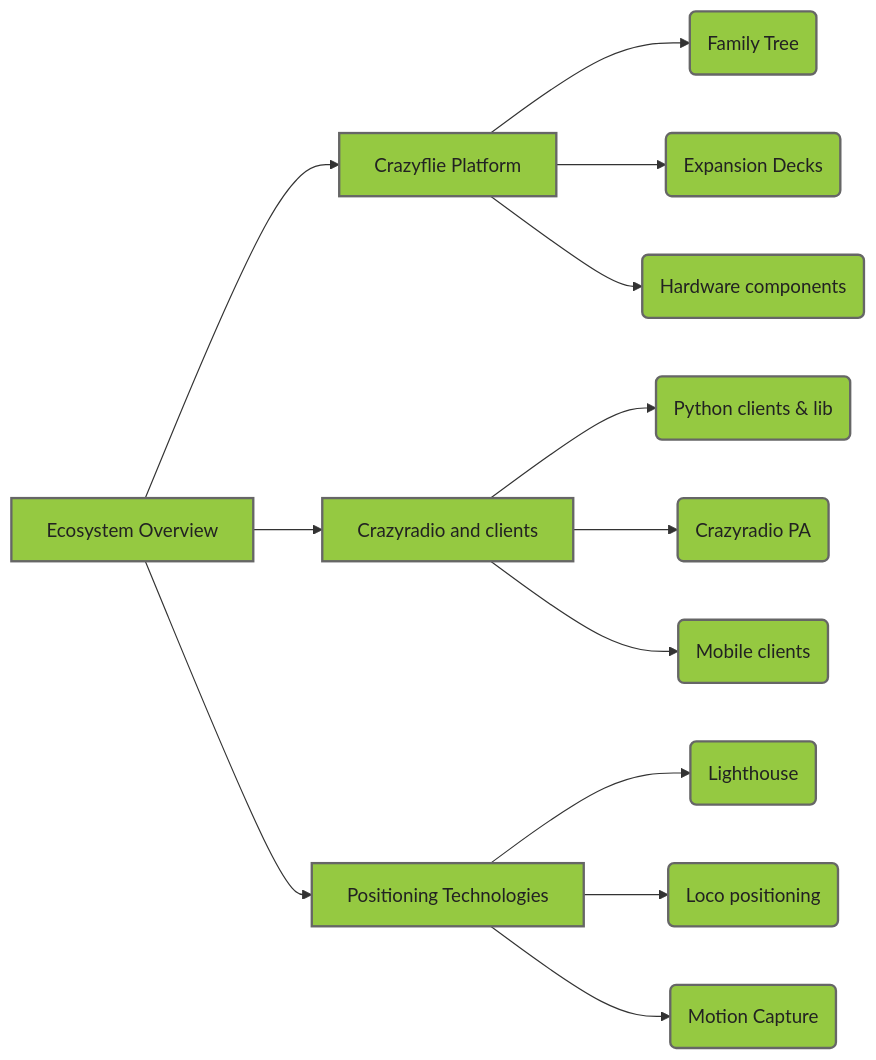
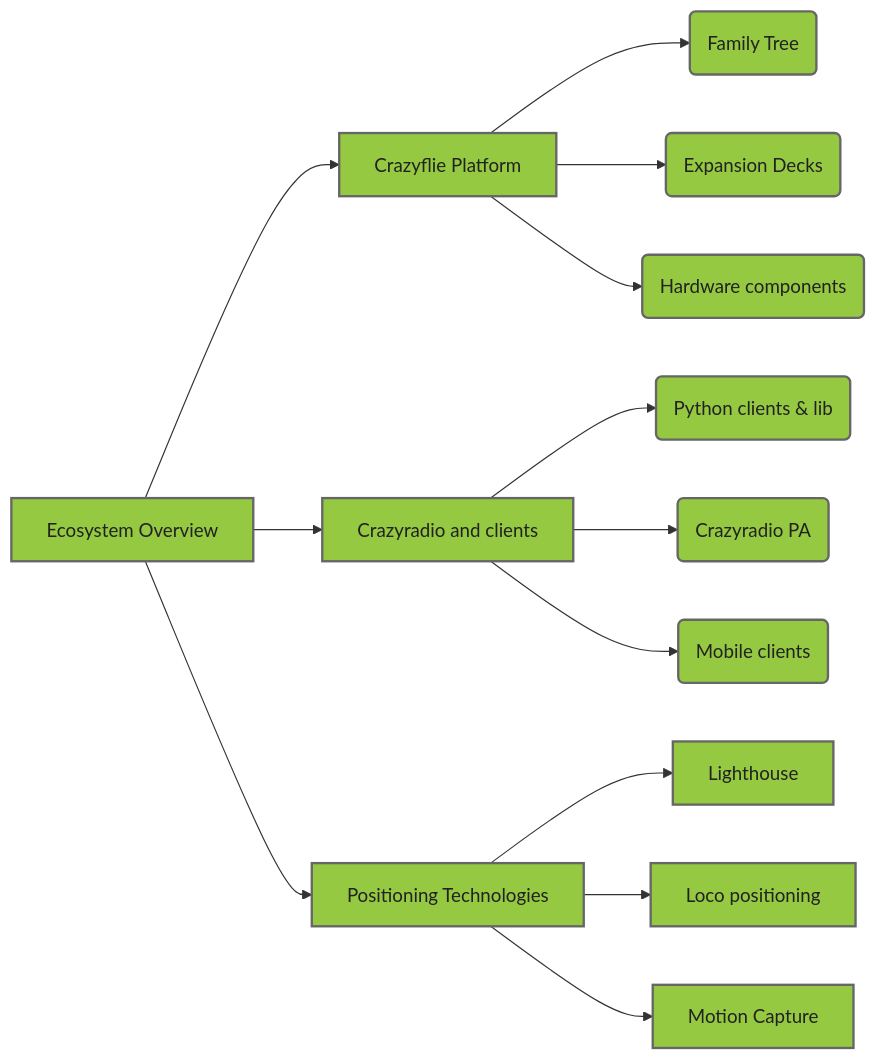
One commit to bitcraze/bitcraze-website changed the second of 3 diagrams in src/documentation/system/doc_nav.md. Above: the diagram before and after it, drawn with Mermaid.

Commit message:
Fixed shape of clickable box in docs overview

```diff
--- a/src/documentation/system/doc_nav.md
+++ b/src/documentation/system/doc_nav.md
@@ -29,27 +29,27 @@
 <div class="mermaid">
 graph LR
 ecosystem[Ecosystem Overview]:::bc --> platform[Crazyflie Platform]:::bc 
 ecosystem--> clients[Crazyradio and clients]:::bc 
 ecosystem--> positioning[Positioning Technologies]:::bc 
 
 platform--> tree(Family Tree):::bc 
 platform--> decks(Expansion Decks):::bc 
 platform--> components(Hardware components):::bc 
 
 clients --> pcclients(Python clients & lib):::bc 
 clients --> crpa(Crazyradio PA):::bc 
 clients --> mobile(Mobile clients):::bc 
 
-positioning--> lighthouse(Lighthouse):::bc 
-positioning--> loco(Loco positioning):::bc 
-positioning--> mocap(Motion Capture):::bc 
+positioning --> lighthouse[Lighthouse]:::bc
+positioning --> loco[Loco positioning]:::bc
+positioning --> mocap[Motion Capture]:::bc
 
 click ecosystem href "/documentation/system/"
 click platform href "/documentation/system/platform/"
 click clients href "/documentation/system/client-and-library/"
 click positioning href "/documentation/system/positioning/"
 click lighthouse href "/documentation/system/positioning/ligthouse-positioning-system/"
 click loco href "/documentation/system/positioning/loco-positioning-system/"
 click mocap href "/documentation/system/positioning/mocap-positioning/"
 classDef bc fill:#95C941,stroke:#666666,stroke-width:2px,color:#222222;
 </div>
```
